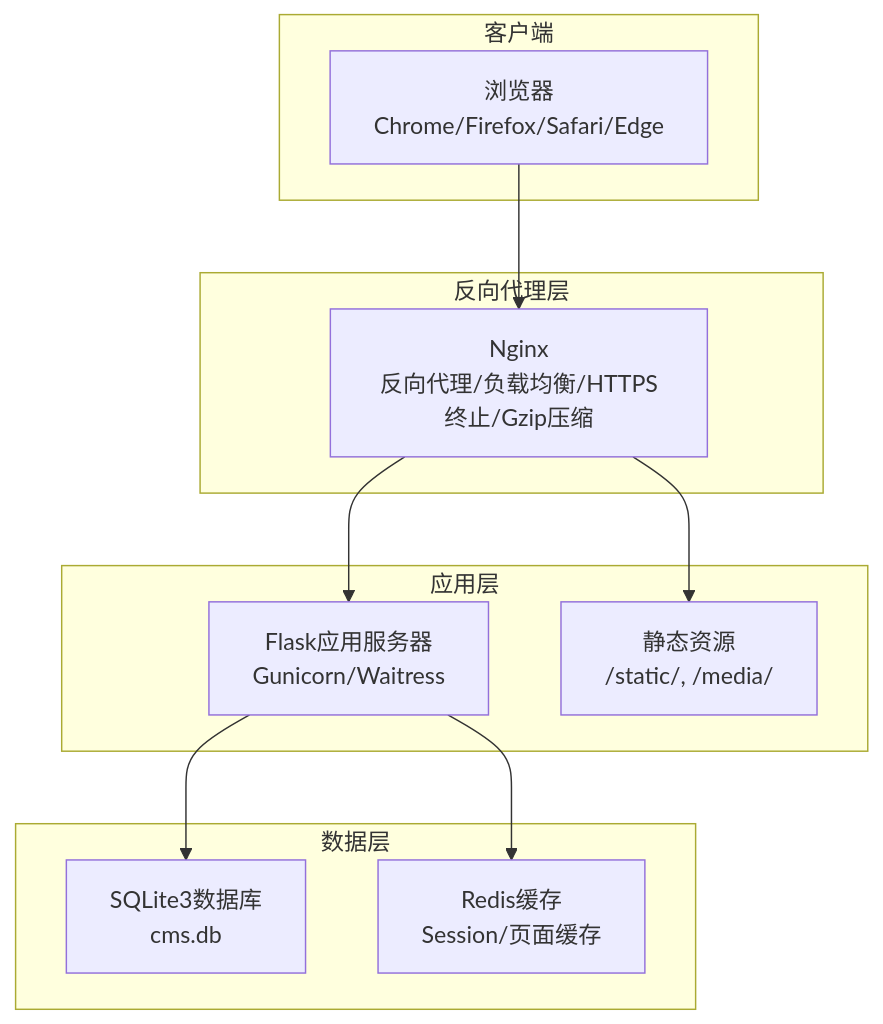
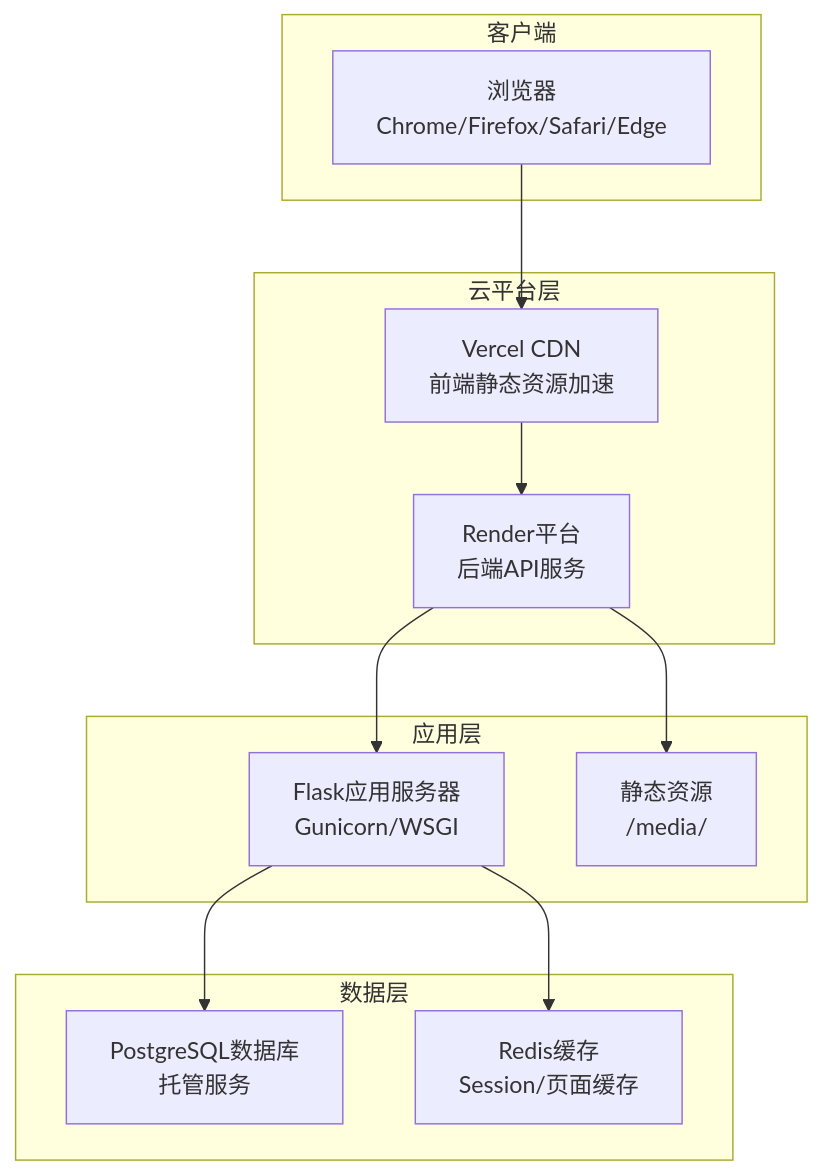
The first of 3 diagrams in .qoder/repowiki/zh/content/部署配置/部署配置.md (wyg5208/website_diy), drawn with Mermaid before and after one commit. The commit also changed other lines of this file and 7 other files, not shown here.

````diff
--- a/.qoder/repowiki/zh/content/部署配置/部署配置.md
+++ b/.qoder/repowiki/zh/content/部署配置/部署配置.md
@@ -47,22 +55,24 @@
 ```mermaid
 graph TB
 subgraph "客户端"
 Browser["浏览器<br/>Chrome/Firefox/Safari/Edge"]
 end
-subgraph "反向代理层"
-Nginx["Nginx<br/>反向代理/负载均衡/HTTPS终止/Gzip压缩"]
+subgraph "云平台层"
+Vercel["Vercel CDN<br/>前端静态资源加速"]
+Render["Render平台<br/>后端API服务"]
 end
 subgraph "应用层"
-Flask["Flask应用服务器<br/>Gunicorn/Waitress"]
-Static["静态资源<br/>/static/, /media/"]
+Flask["Flask应用服务器<br/>Gunicorn/WSGI"]
+Static["静态资源<br/>/media/"]
 end
 subgraph "数据层"
-SQLite["SQLite3数据库<br/>cms.db"]
+PostgreSQL["PostgreSQL数据库<br/>托管服务"]
 Redis["Redis缓存<br/>Session/页面缓存"]
 end
-Browser --> Nginx
-Nginx --> Flask
-Nginx --> Static
-Flask --> SQLite
+Browser --> Vercel
+Vercel --> Render
+Render --> Flask
+Render --> Static
+Flask --> PostgreSQL
 Flask --> Redis
 ```
````
